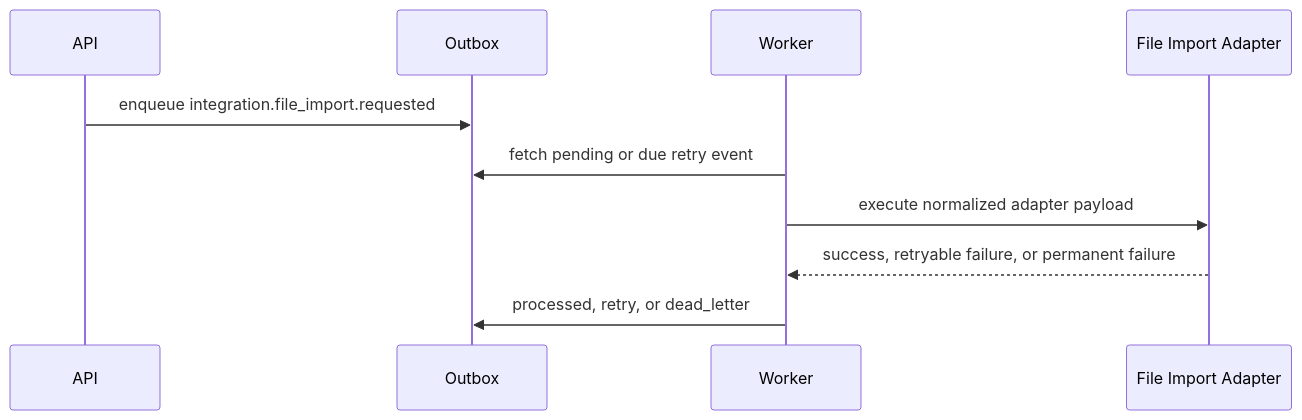
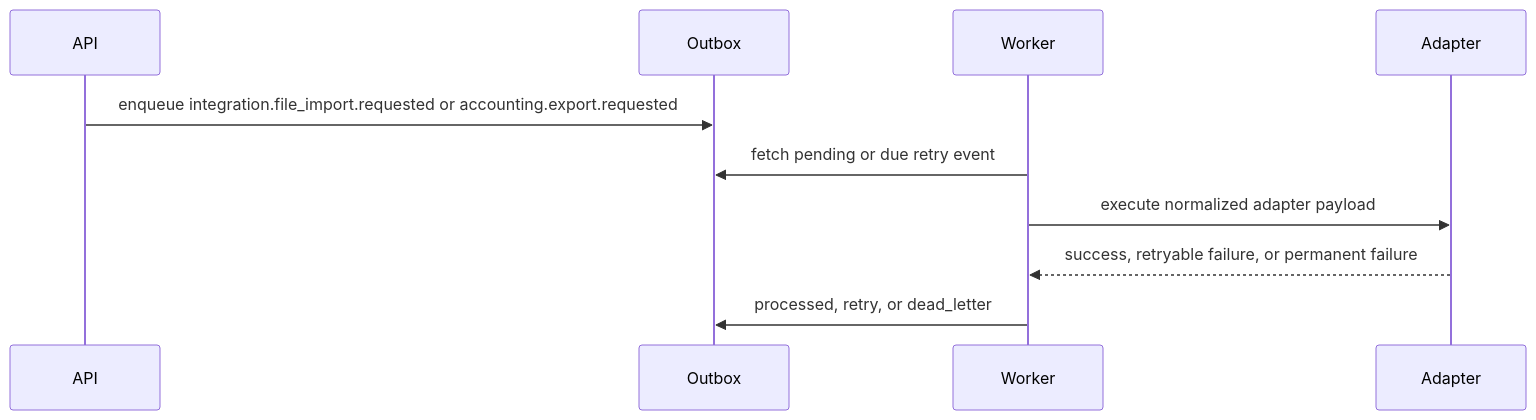
Before and after one commit to AlexGerlitz/drivedesk-core: the diagram in docs/public/INTEGRATION_ADAPTERS.md, drawn with Mermaid. The commit also changed other lines of this file and 24 other files, not shown here.

Commit message:
Add mock accounting export adapter

````diff
--- a/docs/public/INTEGRATION_ADAPTERS.md
+++ b/docs/public/INTEGRATION_ADAPTERS.md
@@ -87,13 +110,13 @@
 ```mermaid
 sequenceDiagram
   participant API as API
   participant Outbox as Outbox
   participant Worker as Worker
-  participant Adapter as File Import Adapter
+  participant Adapter as Adapter
 
-  API->>Outbox: enqueue integration.file_import.requested
+  API->>Outbox: enqueue integration.file_import.requested or accounting.export.requested
   Worker->>Outbox: fetch pending or due retry event
   Worker->>Adapter: execute normalized adapter payload
   Adapter-->>Worker: success, retryable failure, or permanent failure
   Worker->>Outbox: processed, retry, or dead_letter
 ```
````
